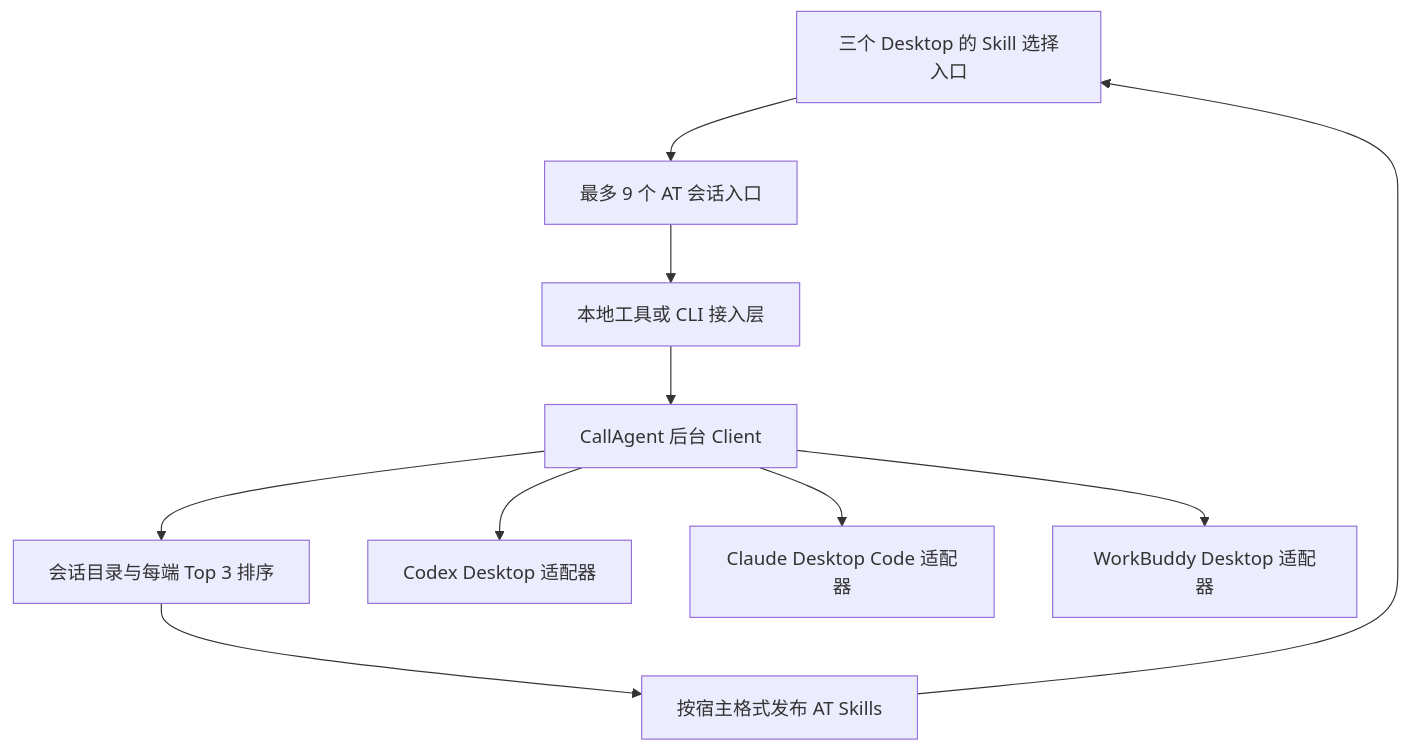
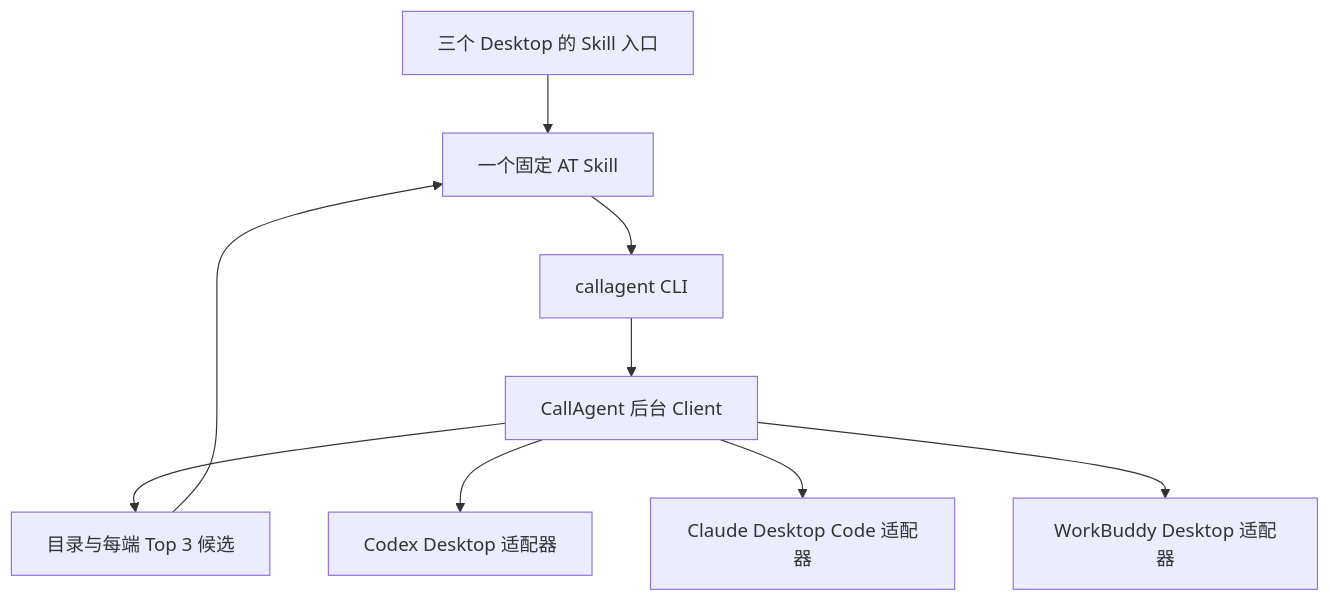
Before and after one commit to Felix-cy110/CallAgent: the diagram in docs/desktop-at-design.md, drawn with Mermaid. The commit also changed other lines of this file and 15 other files, not shown here.

````diff
--- a/docs/desktop-at-design.md
+++ b/docs/desktop-at-design.md
@@ -26,12 +28,11 @@
 ```mermaid
 flowchart TD
-    Desktop[三个 Desktop 的 Skill 选择入口] --> Entry[最多 9 个 AT 会话入口]
-    Entry --> Access[本地工具或 CLI 接入层]
-    Access --> Client[CallAgent 后台 Client]
-    Client --> Catalog[会话目录与每端 Top 3 排序]
-    Catalog --> Publisher[按宿主格式发布 AT Skills]
-    Publisher --> Desktop
+    Desktop[三个 Desktop 的 Skill 入口] --> AT[一个固定 AT Skill]
+    AT --> CLI[callagent CLI]
+    CLI --> Client[CallAgent 后台 Client]
+    Client --> Catalog[目录与每端 Top 3 候选]
+    Catalog --> AT
     Client --> Codex[Codex Desktop 适配器]
     Client --> Claude[Claude Desktop Code 适配器]
     Client --> WorkBuddy[WorkBuddy Desktop 适配器]
 ```
````
